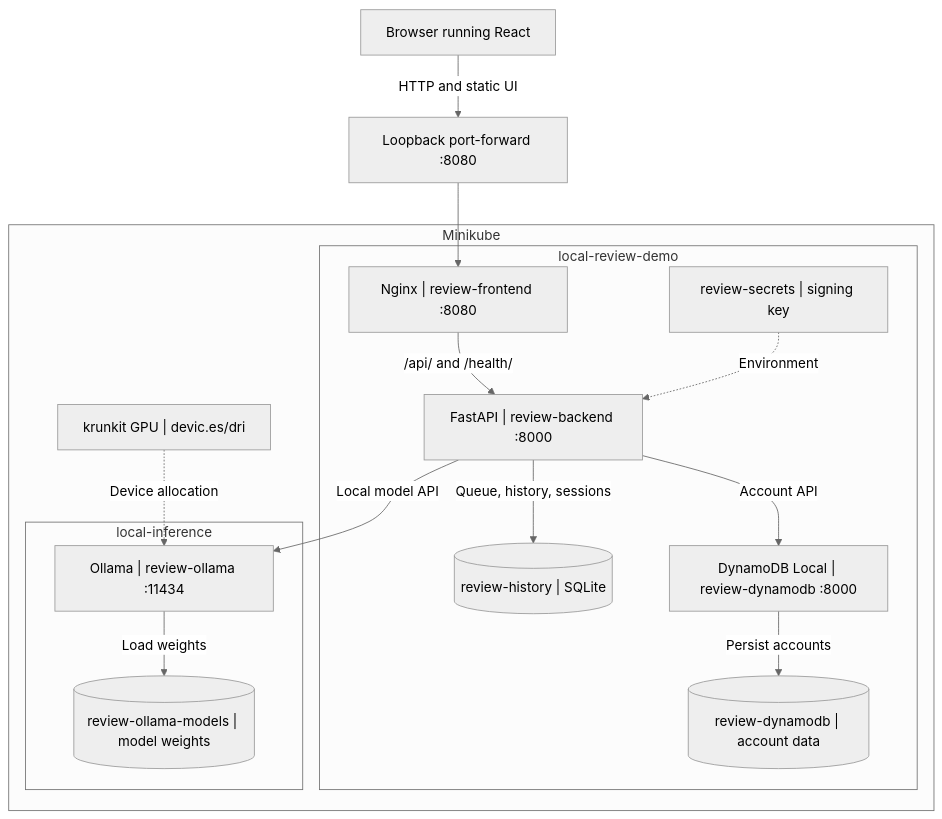
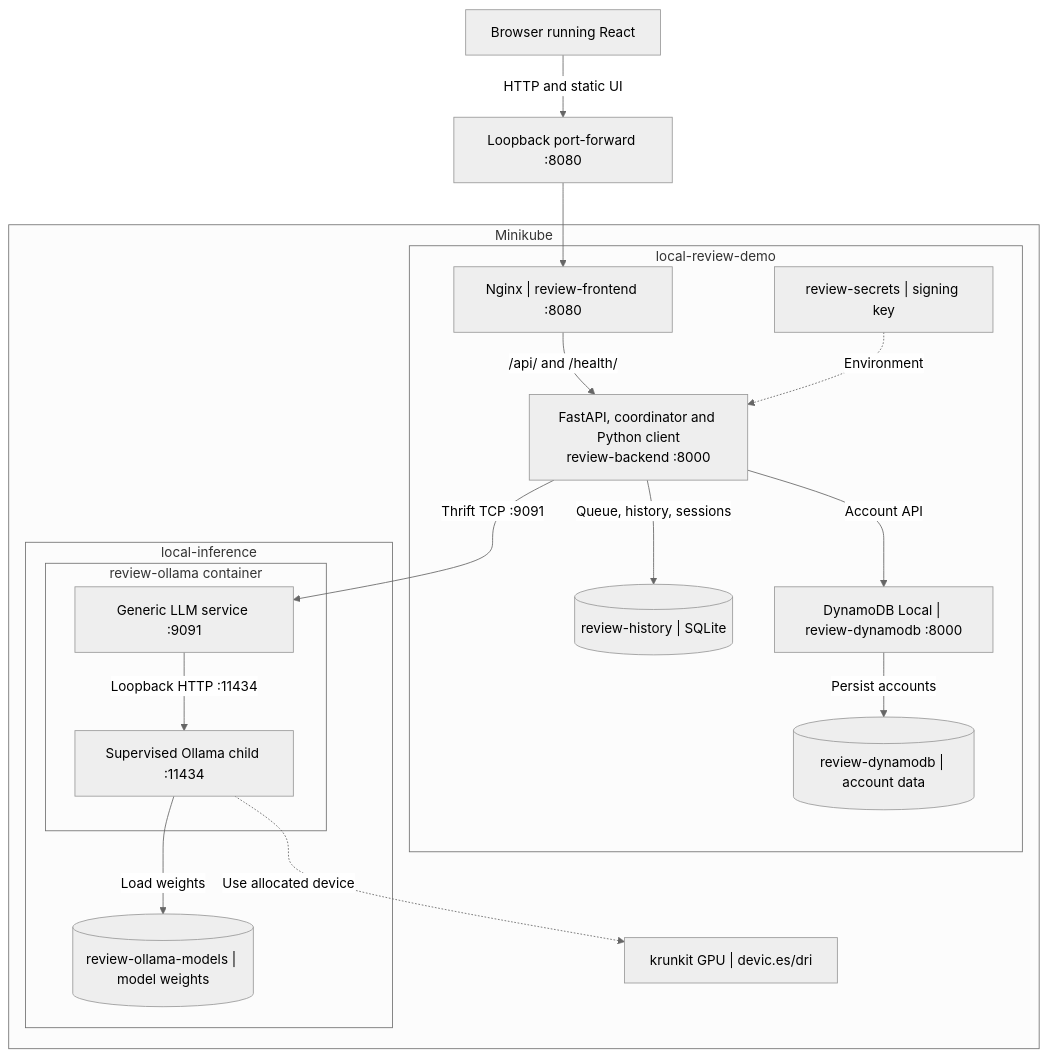
One commit to GodfreyLyu/LocalQwenDemo changed the first of 2 diagrams in docs/reference/architecture.md. Above: the diagram before and after it, drawn with Mermaid (neutral theme). The commit also changed other lines of this file and 154 other files, not shown here.

````diff
--- a/docs/reference/architecture.md
+++ b/docs/reference/architecture.md
@@ -24,32 +24,36 @@
 ```mermaid
 flowchart TB
     accTitle: LocalQwenDemo Minikube system layout
-    accDescr: A browser reaches Nginx through a loopback port-forward. Nginx proxies to one FastAPI backend, which uses SQLite, DynamoDB Local and an independent Ollama service. Three PVCs preserve application and model data.
+    accDescr: A browser reaches Nginx through a loopback port-forward. One FastAPI process contains the coordinator and Thrift client and uses SQLite and DynamoDB Local. A separate inference container owns the generic service and its loopback Ollama child. Three PVCs preserve application and model data.
     browser["Browser running React"]
     forward["Loopback port-forward :8080"]
     subgraph cluster["Minikube"]
         subgraph application["local-review-demo"]
             frontend["Nginx | review-frontend :8080"]
-            backend["FastAPI | review-backend :8000"]
+            backend["FastAPI, coordinator and Python client<br/>review-backend :8000"]
             history[("review-history | SQLite")]
             accounts["DynamoDB Local | review-dynamodb :8000"]
             accountData[("review-dynamodb | account data")]
             signing["review-secrets | signing key"]
         end
         subgraph inference["local-inference"]
-            ollama["Ollama | review-ollama :11434"]
+            subgraph inferenceContainer["review-ollama container"]
+                service["Generic LLM service :9091"]
+                ollama["Supervised Ollama child :11434"]
+            end
             models[("review-ollama-models | model weights")]
         end
         gpu["krunkit GPU | devic.es/dri"]
     end
     browser -->|"HTTP and static UI"| forward
     forward --> frontend
     frontend -->|"/api/ and /health/"| backend
     backend -->|"Queue, history, sessions"| history
     backend -->|"Account API"| accounts
     accounts -->|"Persist accounts"| accountData
-    backend -->|"Local model API"| ollama
+    backend -->|"Thrift TCP :9091"| service
+    service -->|"Loopback HTTP :11434"| ollama
     ollama -->|"Load weights"| models
     signing -.->|"Environment"| backend
-    gpu -.->|"Device allocation"| ollama
+    ollama -.->|"Use allocated device"| gpu
 ```
````
